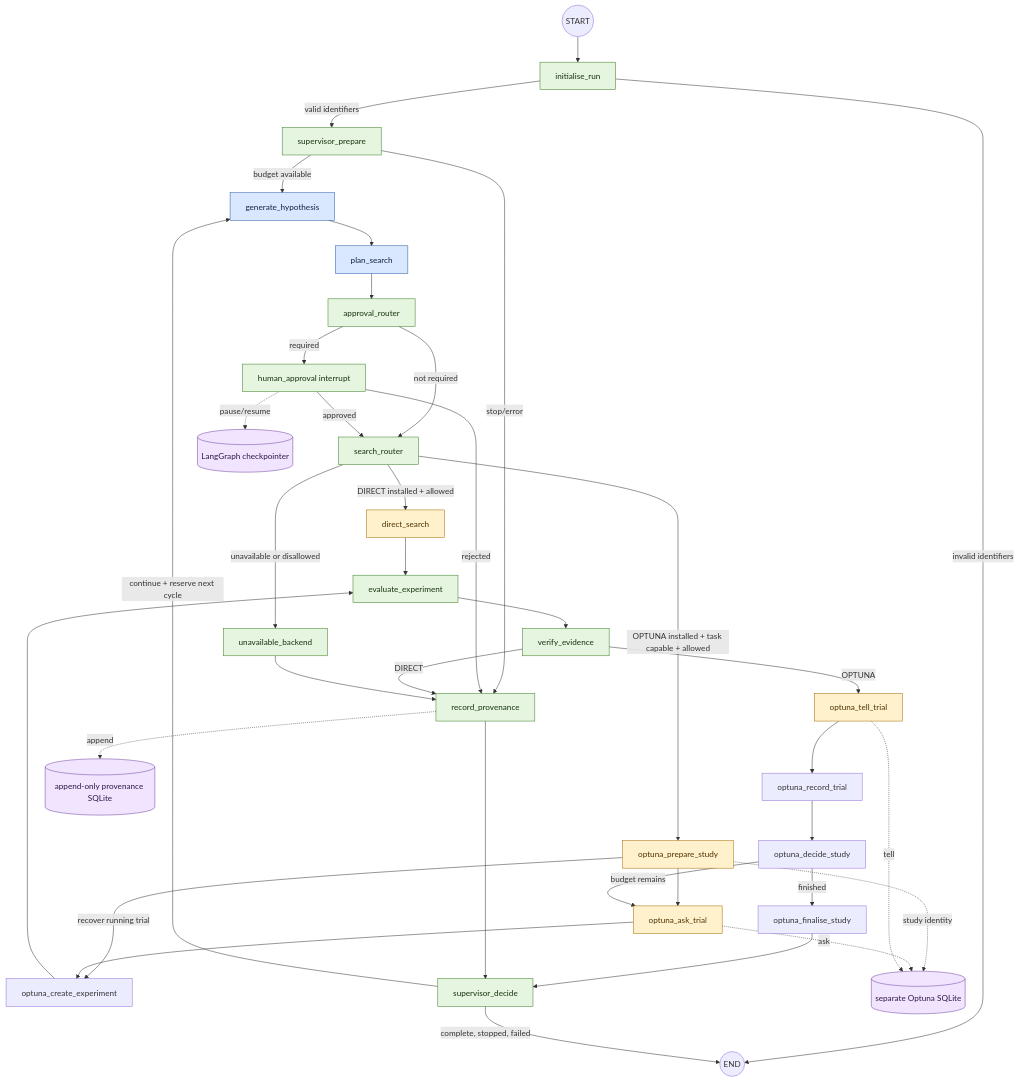
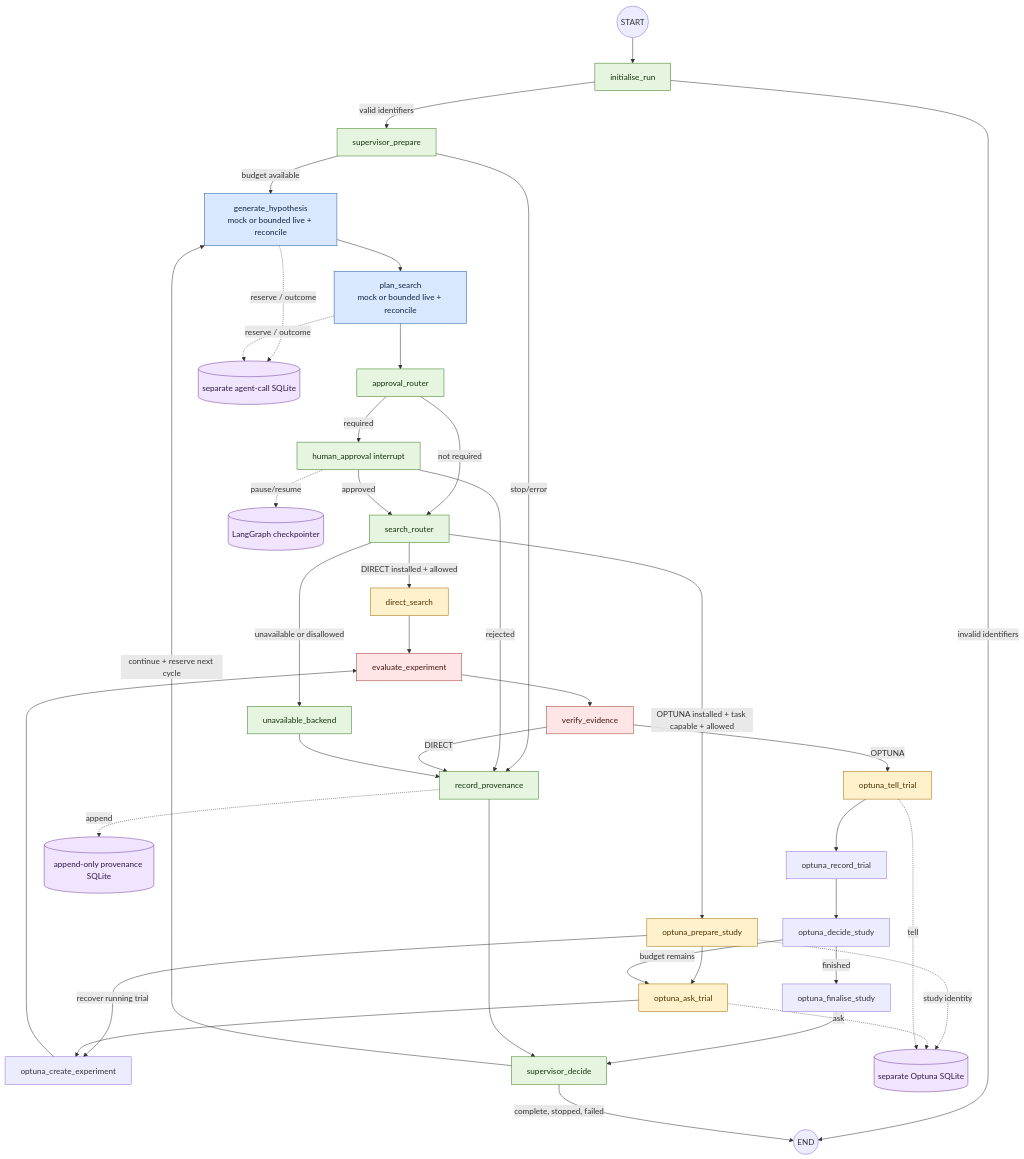
Before and after one commit to Lifework-Health/auto-researcher: the diagram in docs/architecture/graph.mmd, drawn with Mermaid. The commit also changed 65 other files, not shown here.

Commit message:
Add bounded live hypothesis and planner agents

```diff
--- a/docs/architecture/graph.mmd
+++ b/docs/architecture/graph.mmd
@@ -1,51 +1,56 @@
 flowchart TD
     START((START)) --> initialise[initialise_run]
     initialise -->|valid identifiers| prepare[supervisor_prepare]
     initialise -->|invalid identifiers| END
     prepare -->|budget available| hypothesis[generate_hypothesis]
     prepare -->|stop/error| provenance[record_provenance]
-    hypothesis --> planner[plan_search]
+    hypothesis["generate_hypothesis<br/>mock or bounded live + reconcile"] --> planner["plan_search<br/>mock or bounded live + reconcile"]
     planner --> approvalRouter[approval_router]
     approvalRouter -->|required| human[human_approval interrupt]
     approvalRouter -->|not required| searchRouter[search_router]
     human -->|approved| searchRouter
     human -->|rejected| provenance
     searchRouter -->|DIRECT installed + allowed| direct[direct_search]
     searchRouter -->|OPTUNA installed + task capable + allowed| optunaPrepare[optuna_prepare_study]
     searchRouter -->|unavailable or disallowed| unavailable[unavailable_backend]
     direct --> evaluator[evaluate_experiment]
     optunaPrepare --> optunaAsk[optuna_ask_trial]
     optunaPrepare -->|recover running trial| optunaCreate[optuna_create_experiment]
     optunaAsk --> optunaCreate
     optunaCreate --> evaluator
     evaluator --> verifier[verify_evidence]
     verifier -->|DIRECT| provenance
     verifier -->|OPTUNA| optunaTell[optuna_tell_trial]
     optunaTell --> optunaRecord[optuna_record_trial]
     optunaRecord --> optunaDecide[optuna_decide_study]
     optunaDecide -->|budget remains| optunaAsk
     optunaDecide -->|finished| optunaFinal[optuna_finalise_study]
     optunaFinal --> decide
     unavailable --> provenance
     provenance --> decide[supervisor_decide]
     decide -->|continue + reserve next cycle| hypothesis
     decide -->|complete, stopped, failed| END((END))
 
     checkpointer[(LangGraph checkpointer)]
     provenanceStore[(append-only provenance SQLite)]
     optunaStore[(separate Optuna SQLite)]
+    agentCallStore[(separate agent-call SQLite)]
     human -. pause/resume .-> checkpointer
     provenance -. append .-> provenanceStore
     optunaPrepare -. study identity .-> optunaStore
     optunaAsk -. ask .-> optunaStore
     optunaTell -. tell .-> optunaStore
+    hypothesis -. reserve / outcome .-> agentCallStore
+    planner -. reserve / outcome .-> agentCallStore
 
     classDef llm fill:#d9e8ff,stroke:#245aa5,color:#10233f
     classDef deterministic fill:#e5f5e0,stroke:#3b7d23,color:#17310e
     classDef backend fill:#fff1cc,stroke:#a66b00,color:#4d3100
     classDef persistence fill:#f1e4ff,stroke:#7040a0,color:#2e1745
+    classDef scientific fill:#ffe5e5,stroke:#a23b3b,color:#451515
 
     class hypothesis,planner llm
-    class initialise,prepare,approvalRouter,human,searchRouter,evaluator,verifier,provenance,decide,unavailable deterministic
+    class initialise,prepare,approvalRouter,human,searchRouter,provenance,decide,unavailable deterministic
+    class evaluator,verifier scientific
     class direct,optunaPrepare,optunaAsk,optunaTell backend
-    class checkpointer,provenanceStore,optunaStore persistence
+    class checkpointer,provenanceStore,optunaStore,agentCallStore persistence
```
